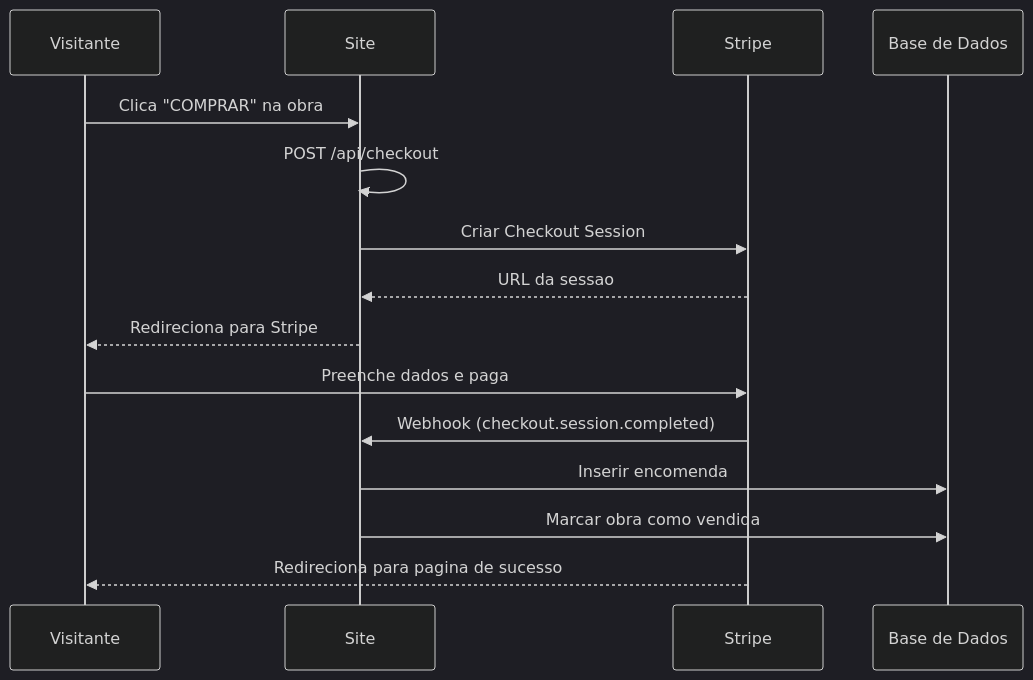
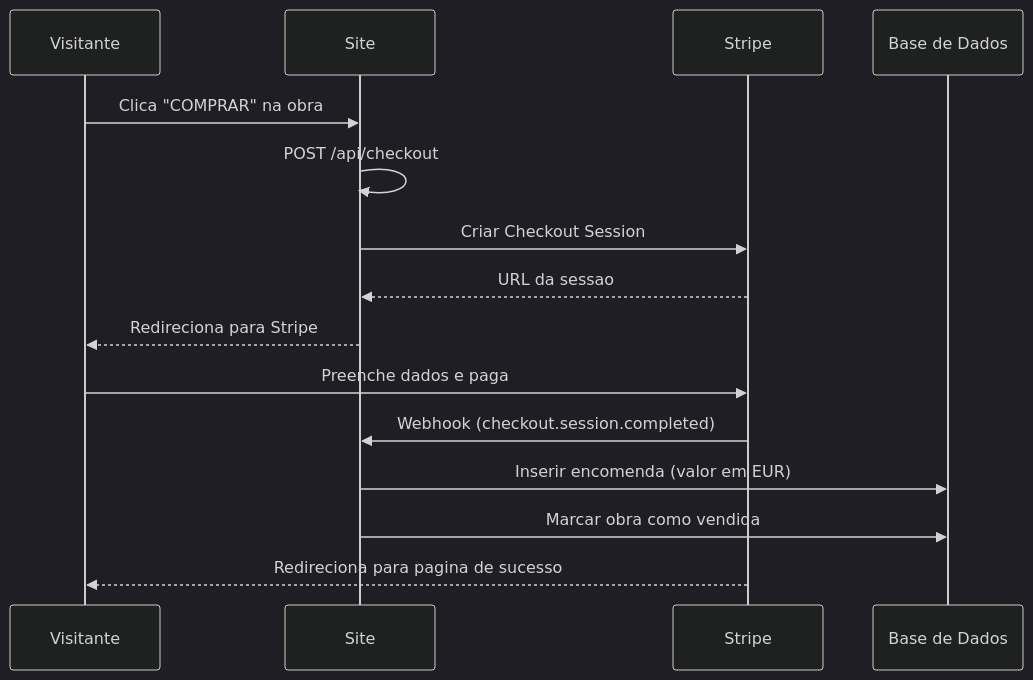
Before and after one commit to elbarroca/soraia_web: the sixth of 6 diagrams in README.md, drawn with Mermaid (dark theme). The commit also changed other lines of this file and 80 other files, not shown here.

````diff
--- a/README.md
+++ b/README.md
@@ -371,19 +451,19 @@
 ```mermaid
 sequenceDiagram
     participant V as Visitante
     participant S as Site
     participant St as Stripe
     participant DB as Base de Dados
 
     V->>S: Clica "COMPRAR" na obra
     S->>S: POST /api/checkout
     S->>St: Criar Checkout Session
     St-->>S: URL da sessao
     S-->>V: Redireciona para Stripe
 
     V->>St: Preenche dados e paga
     St->>S: Webhook (checkout.session.completed)
-    S->>DB: Inserir encomenda
+    S->>DB: Inserir encomenda (valor em EUR)
     S->>DB: Marcar obra como vendida
     St-->>V: Redireciona para pagina de sucesso
 ```
````
